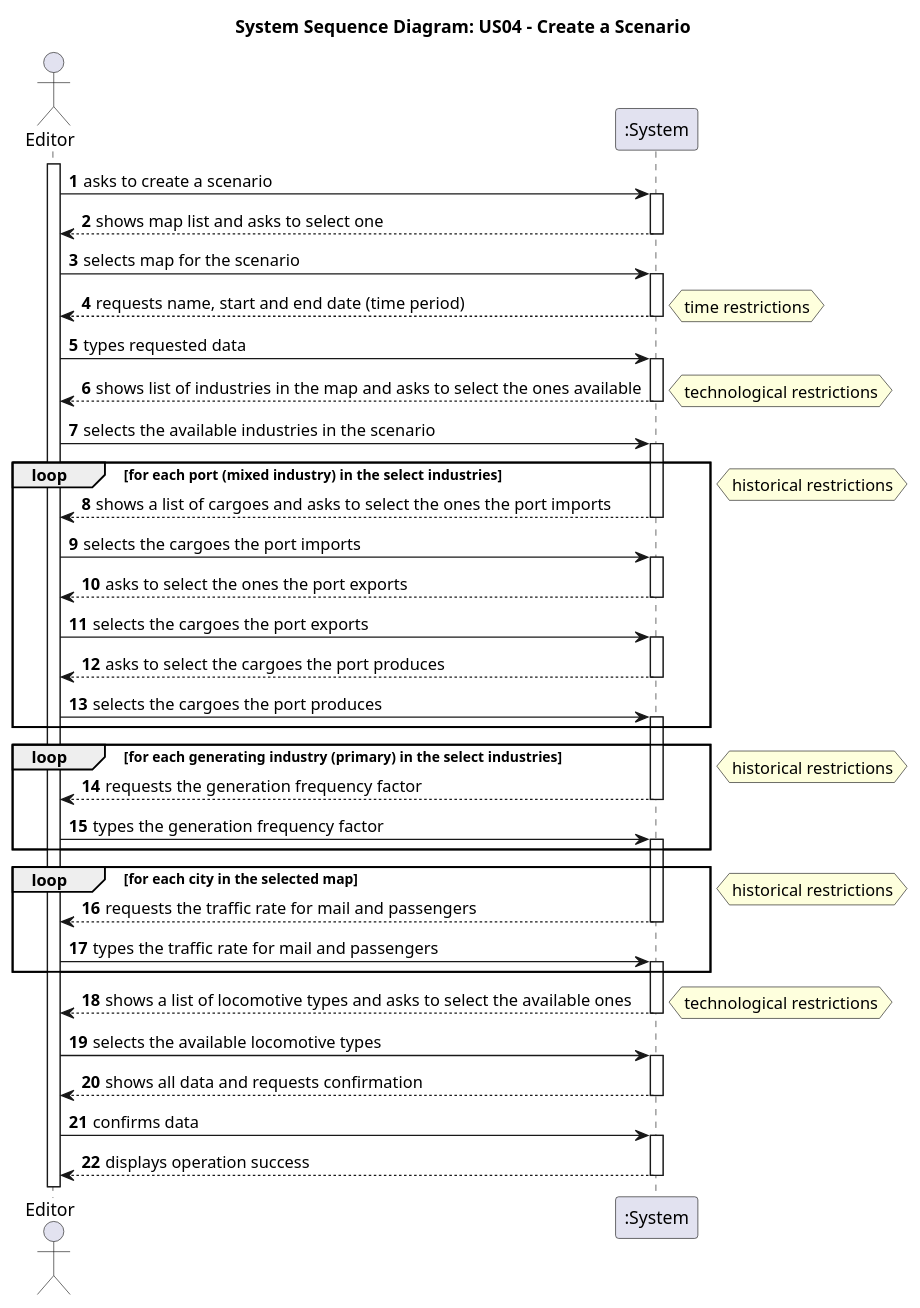
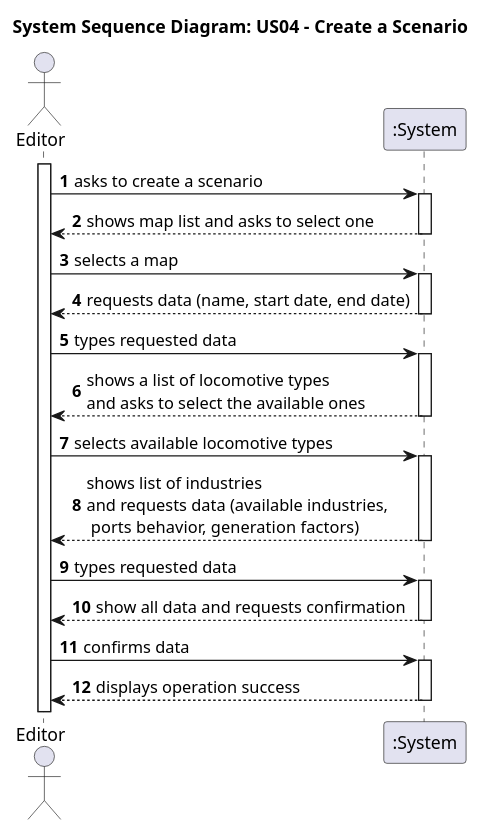
The diagram in docs/system-documentation/Sprint 3/US04/01.requirements-engineering/puml/US04-SSD.puml (HenriqueSilva18/Railway-Network-Simulator), drawn with PlantUML before and after one commit. The commit also changed 8 other files, not shown here.

```diff
--- a/docs/system-documentation/Sprint 3/US04/01.requirements-engineering/puml/US04-SSD.puml
+++ b/docs/system-documentation/Sprint 3/US04/01.requirements-engineering/puml/US04-SSD.puml
@@ -1,109 +1,50 @@
 @startuml
 skinparam packageStyle rectangle
 skinparam shadowing false
 
 autonumber
 
 title System Sequence Diagram: US04 - Create a Scenario
 
 actor "Editor" as Editor
 participant ":System" as System
 
 activate Editor
 
     Editor -> System : asks to create a scenario
     activate System
 
         System --> Editor : shows map list and asks to select one
     deactivate System
 
-    Editor -> System : selects map for the scenario
+    Editor -> System : selects a map
     activate System
 
-        System --> Editor : requests name, start and end date (time period)
+        System --> Editor : requests data (name, start date, end date)
     deactivate System
-
-        hnote right
-            time restrictions
-        end note
 
     Editor -> System : types requested data
     activate System
 
-        System --> Editor : shows list of industries in the map and asks to select the ones available
+        System --> Editor : shows a list of locomotive types\nand asks to select the available ones
     deactivate System
 
-            hnote right
-                technological restrictions
-            end note
-
-    Editor -> System : selects the available industries in the scenario
+    Editor -> System : selects available locomotive types
     activate System
 
-    loop for each port (mixed industry) in the select industries
-            System --> Editor : shows a list of cargoes and asks to select the ones the port imports
-        deactivate System
-
-        Editor -> System : selects the cargoes the port imports
-        activate System
-
-            System --> Editor : asks to select the ones the port exports
-        deactivate System
-
-        Editor -> System : selects the cargoes the port exports
-        activate System
-
-            System --> Editor : asks to select the cargoes the port produces
-        deactivate System
-
-            Editor -> System : selects the cargoes the port produces
-            activate System
-    end
-
-    hnote right
-        historical restrictions
-    end note
-
-    loop for each generating industry (primary) in the select industries
-
-            System --> Editor : requests the generation frequency factor
-        deactivate System
-
-        Editor -> System : types the generation frequency factor
-        activate System
-    end
-    hnote right
-        historical restrictions
-    end note
-
-    loop for each city in the selected map
-            System --> Editor : requests the traffic rate for mail and passengers
-        deactivate System
-
-        Editor -> System : types the traffic rate for mail and passengers
-        activate System
-    end
-    hnote right
-        historical restrictions
-    end note
-
-            System --> Editor : shows a list of locomotive types and asks to select the available ones
-        deactivate System
-
-            hnote right
-                technological restrictions
-            end note
-
-        Editor -> System : selects the available locomotive types
-        activate System
-
-        System --> Editor : shows all data and requests confirmation
+        System --> Editor : shows list of industries\nand requests data (available industries, \n ports behavior, generation factors)
     deactivate System
 
-    Editor -> System : confirms data
+    Editor -> System : types requested data
+    activate System
+
+        System --> Editor : show all data and requests confirmation
+    deactivate System
+
+        Editor -> System : confirms data
     activate System
 
         System --> Editor : displays operation success
     deactivate System
 
 @enduml
```
